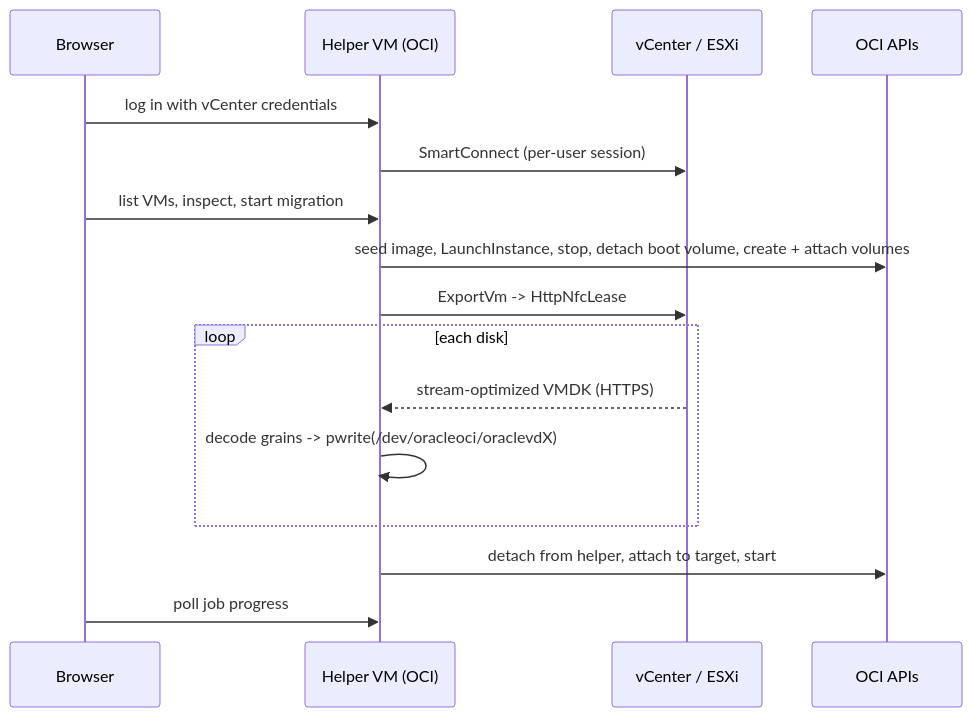
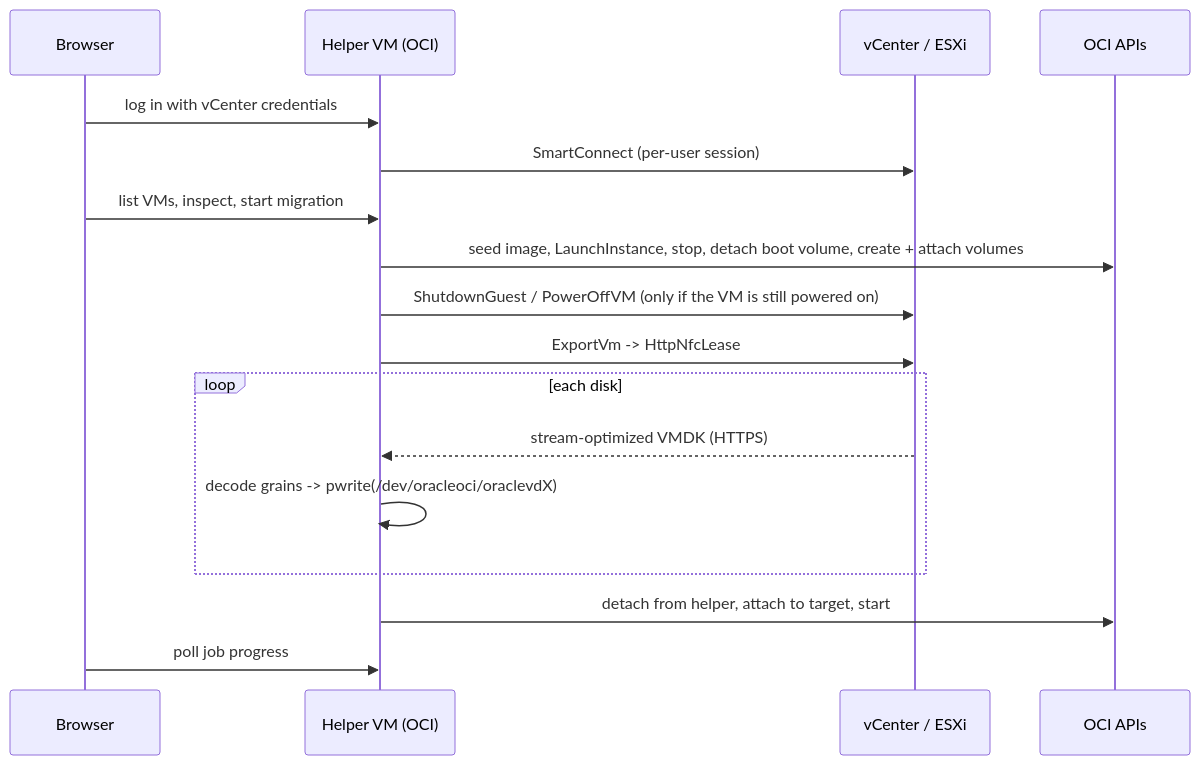
The diagram in docs/how-it-works.md (RichardORCL/vmware-migration-helper), drawn with Mermaid before and after one commit. The commit also changed other lines of this file and 17 other files, not shown here.

````diff
--- a/docs/how-it-works.md
+++ b/docs/how-it-works.md
@@ -25,18 +26,19 @@
 ```mermaid
 sequenceDiagram
     participant B as Browser
     participant H as Helper VM (OCI)
     participant VC as vCenter / ESXi
     participant OCI as OCI APIs
     B->>H: log in with vCenter credentials
     H->>VC: SmartConnect (per-user session)
     B->>H: list VMs, inspect, start migration
     H->>OCI: seed image, LaunchInstance, stop, detach boot volume, create + attach volumes
+    H->>VC: ShutdownGuest / PowerOffVM (only if the VM is still powered on)
     H->>VC: ExportVm -> HttpNfcLease
     loop each disk
         VC-->>H: stream-optimized VMDK (HTTPS)
         H->>H: decode grains -> pwrite(/dev/oracleoci/oraclevdX)
     end
     H->>OCI: detach from helper, attach to target, start
     B->>H: poll job progress
 ```
````
